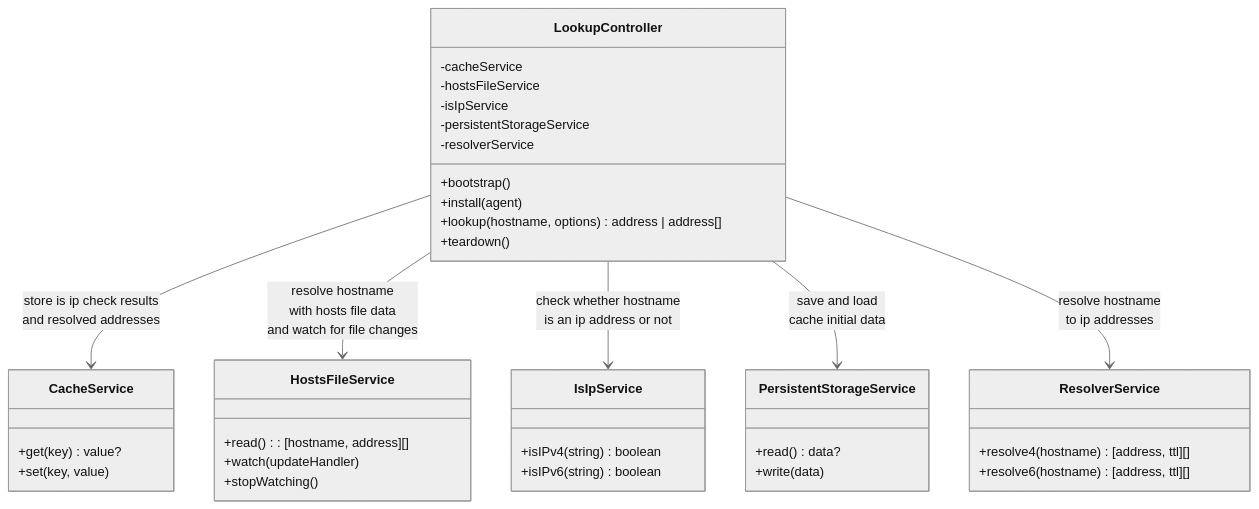
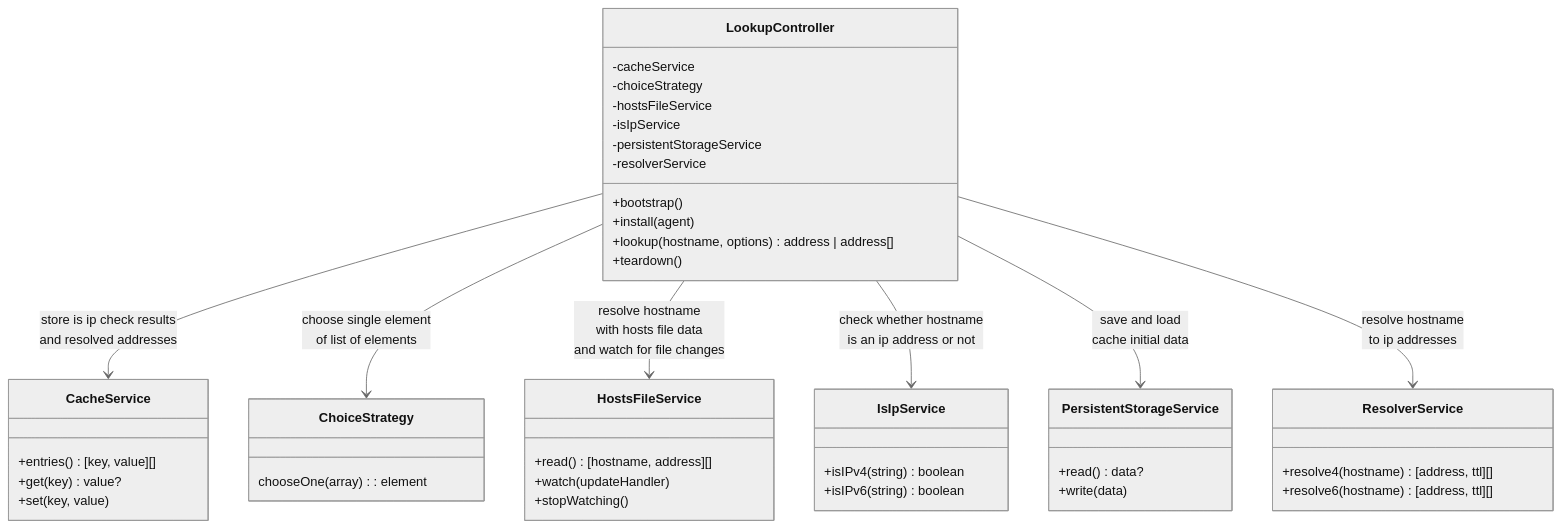
The diagram in README.md (sempasha/super-dns-lookup), drawn with Mermaid (neutral theme) before and after one commit. The commit also changed other lines of this file and 11 other files, not shown here.

Commit message:
feat: 🪄 Describe most library interfaces, also new `ChoiceStrategy` interface described

````diff
--- a/README.md
+++ b/README.md
@@ -141,47 +144,54 @@
 ```mermaid
 classDiagram
 
 class CacheService {
+  +entries() [key, value][]
   +get(key) value?
   +set(key, value)
 }
 
+class ChoiceStrategy {
+  chooseOne(array): element
+}
+
 class HostsFileService {
-  +read(): [hostname, address][]
+  +read() [hostname, address][]
   +watch(updateHandler)
   +stopWatching()
 }
 
 class IsIpService {
   +isIPv4(string) boolean
   +isIPv6(string) boolean
 }
 
 class PersistentStorageService {
   +read() data?
   +write(data)
 }
 
 class ResolverService {
   +resolve4(hostname) [address, ttl][]
   +resolve6(hostname) [address, ttl][]
 }
 
 class LookupController {
   -cacheService
+  -choiceStrategy
   -hostsFileService
   -isIpService
   -persistentStorageService
   -resolverService
   +bootstrap()
   +install(agent)
   +lookup(hostname, options) address | address[]
   +teardown()
 }
 
 LookupController --> CacheService : store is ip check results<br />and resolved addresses
+LookupController --> ChoiceStrategy : choose single element<br />of list of elements
 LookupController --> HostsFileService : resolve hostname<br />with hosts file data<br />and watch for file changes
 LookupController --> IsIpService : check whether hostname<br />is an ip address or not
 LookupController --> PersistentStorageService : save and load<br />cache initial data
 LookupController --> ResolverService : resolve hostname<br />to ip addresses
 ```
````
